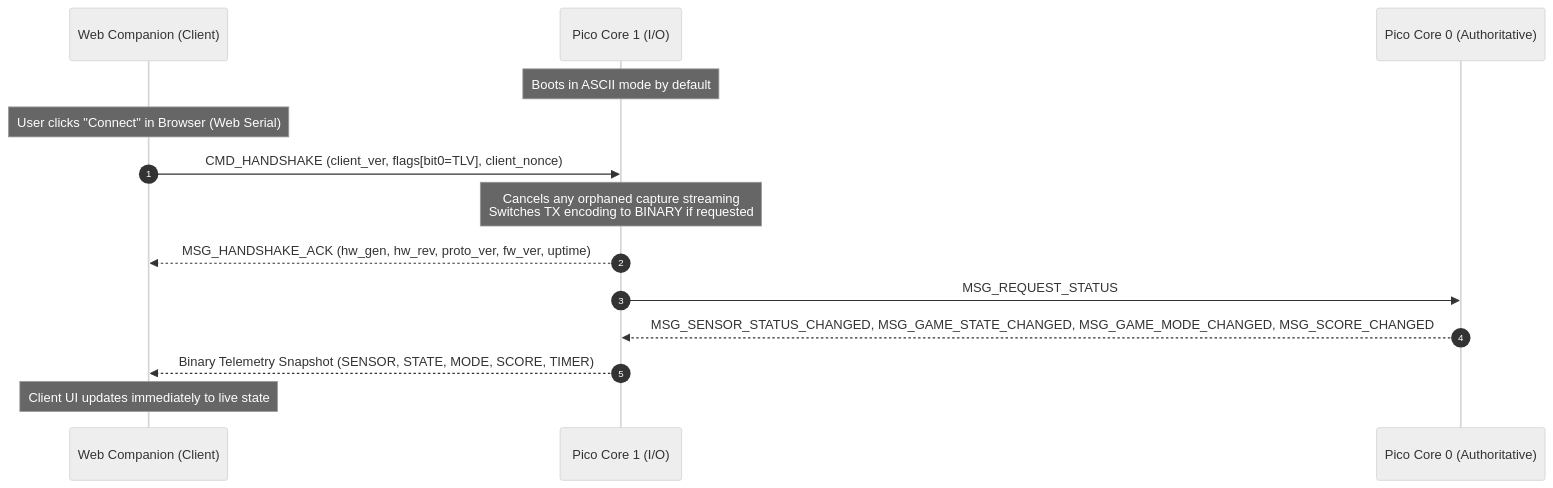
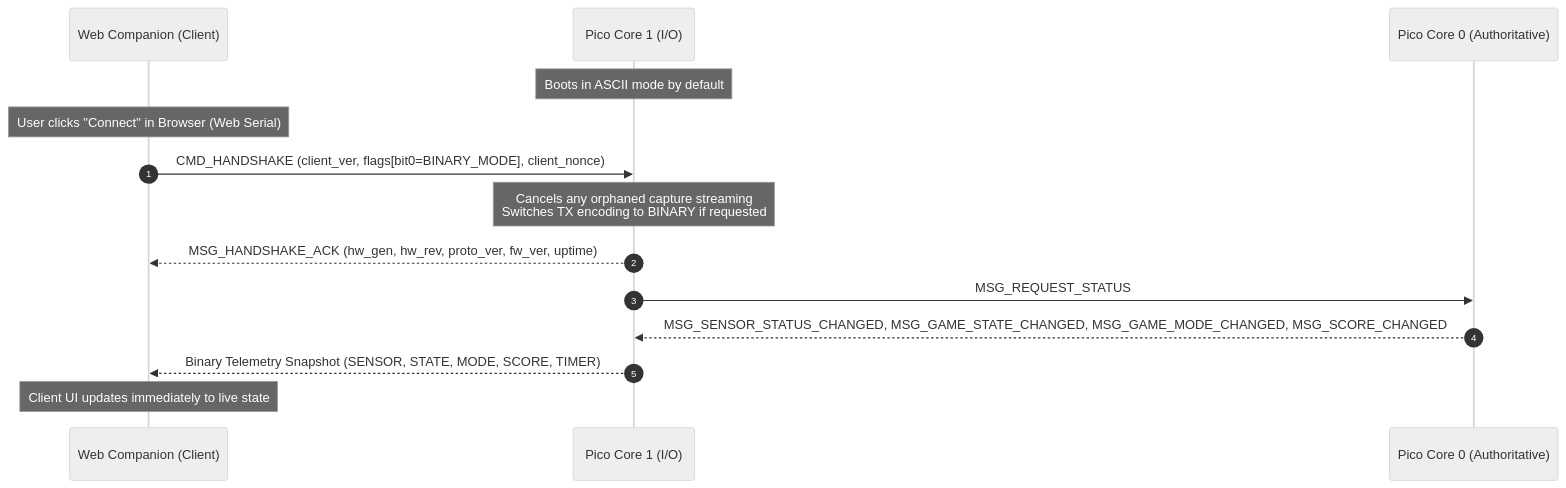
The first of 20 diagrams in docs/protocol.md (rafaelurben/raspberry-pi-pico-schlagzaehler), drawn with Mermaid (neutral theme) before and after one commit. The commit also changed other lines of this file and 16 other files, not shown here.

Commit message:
chore(docs): Fix name inconsistency (TLV / binary mode).

````diff
--- a/docs/protocol.md
+++ b/docs/protocol.md
@@ -69,20 +69,20 @@
 ```mermaid
 sequenceDiagram
     autonumber
     participant Web as Web Companion (Client)
     participant Core1 as Pico Core 1 (I/O)
     participant Core0 as Pico Core 0 (Authoritative)
 
     Note over Core1: Boots in ASCII mode by default
     Note over Web: User clicks "Connect" in Browser (Web Serial)
     
-    Web->>Core1: CMD_HANDSHAKE (client_ver, flags[bit0=TLV], client_nonce)
+    Web->>Core1: CMD_HANDSHAKE (client_ver, flags[bit0=BINARY_MODE], client_nonce)
     Note over Core1: Cancels any orphaned capture streaming<br/>Switches TX encoding to BINARY if requested
     Core1-->>Web: MSG_HANDSHAKE_ACK (hw_gen, hw_rev, proto_ver, fw_ver, uptime)
     
     Core1->>Core0: MSG_REQUEST_STATUS
     Core0-->>Core1: MSG_SENSOR_STATUS_CHANGED, MSG_GAME_STATE_CHANGED, MSG_GAME_MODE_CHANGED, MSG_SCORE_CHANGED
     Core1-->>Web: Binary Telemetry Snapshot (SENSOR, STATE, MODE, SCORE, TIMER)
     
     Note over Web: Client UI updates immediately to live state
 ```
````
